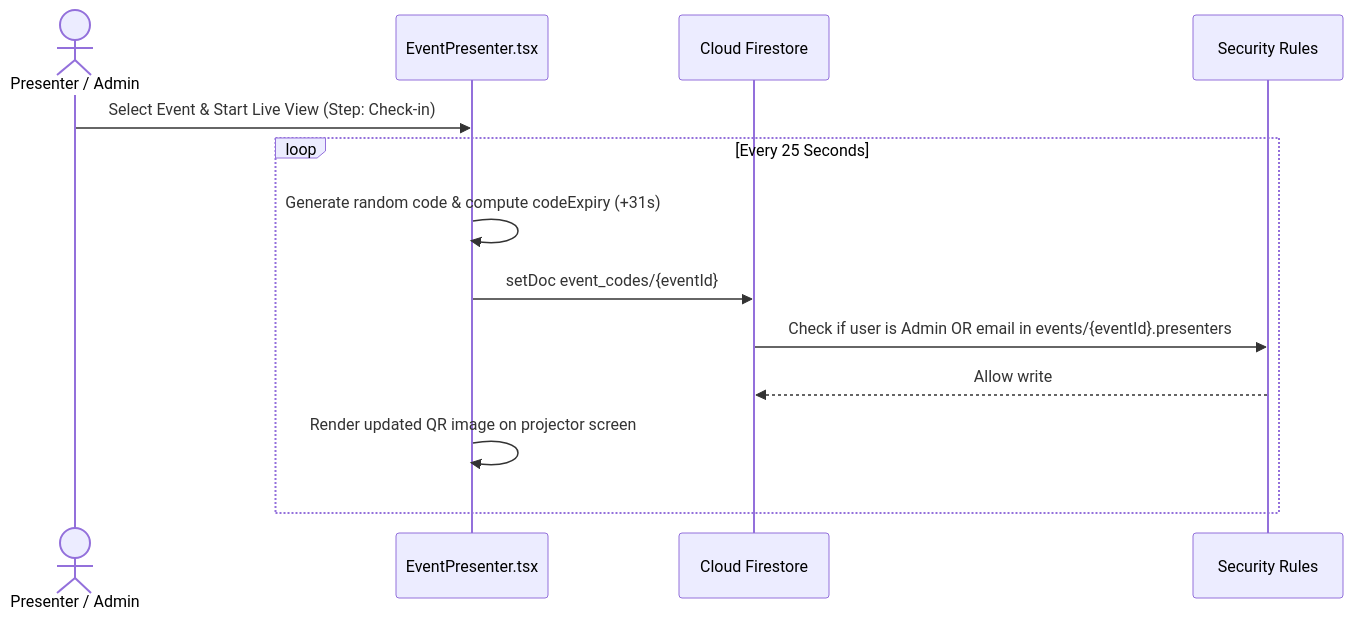
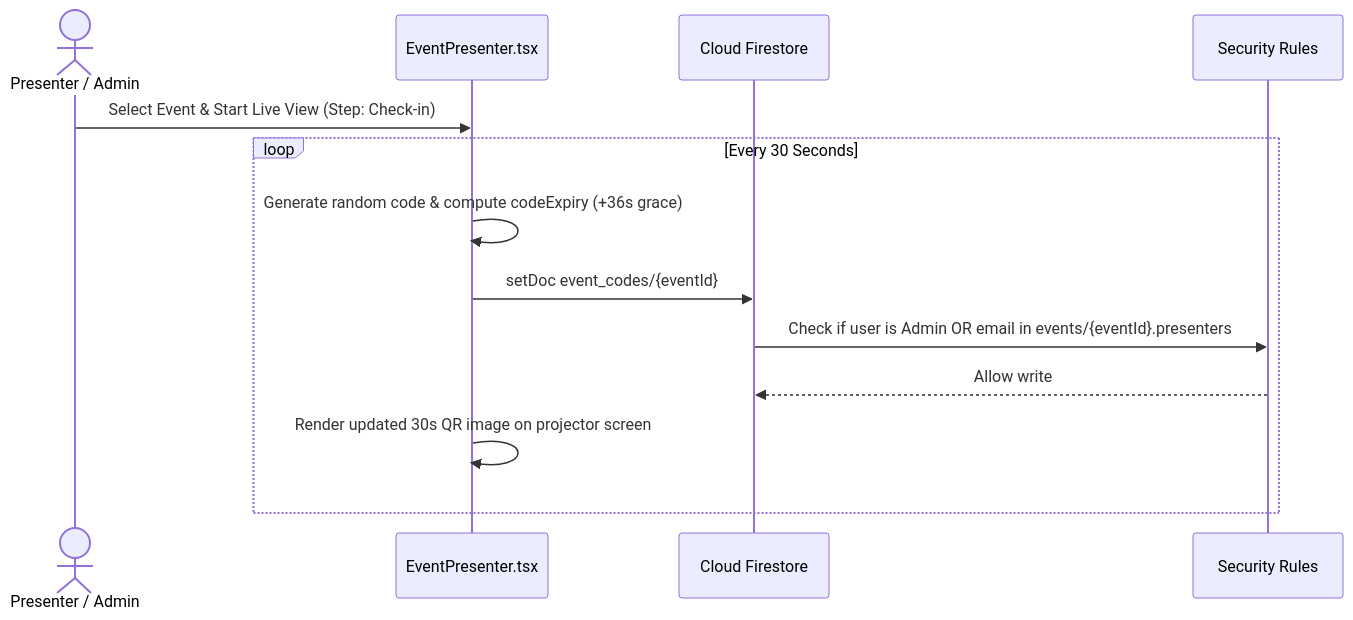
Before and after one commit to SooYM/QIU-Industry-Webapp: the third of 4 diagrams in webapp/docs/SOFTWARE_DOCUMENTATION.md, drawn with Mermaid. The commit also changed other lines of this file and 2 other files, not shown here.

````diff
--- a/webapp/docs/SOFTWARE_DOCUMENTATION.md
+++ b/webapp/docs/SOFTWARE_DOCUMENTATION.md
@@ -352,16 +383,16 @@
 ```mermaid
 sequenceDiagram
     actor Presenter as Presenter / Admin
     participant View as EventPresenter.tsx
     participant DB as Cloud Firestore
     participant Rules as Security Rules
 
     Presenter->>View: Select Event & Start Live View (Step: Check-in)
-    loop Every 25 Seconds
-        View->>View: Generate random code & compute codeExpiry (+31s)
+    loop Every 30 Seconds
+        View->>View: Generate random code & compute codeExpiry (+36s grace)
         View->>DB: setDoc event_codes/{eventId}
         DB->>Rules: Check if user is Admin OR email in events/{eventId}.presenters
         Rules-->>DB: Allow write
-        View->>View: Render updated QR image on projector screen
+        View->>View: Render updated 30s QR image on projector screen
     end
 ```
````
